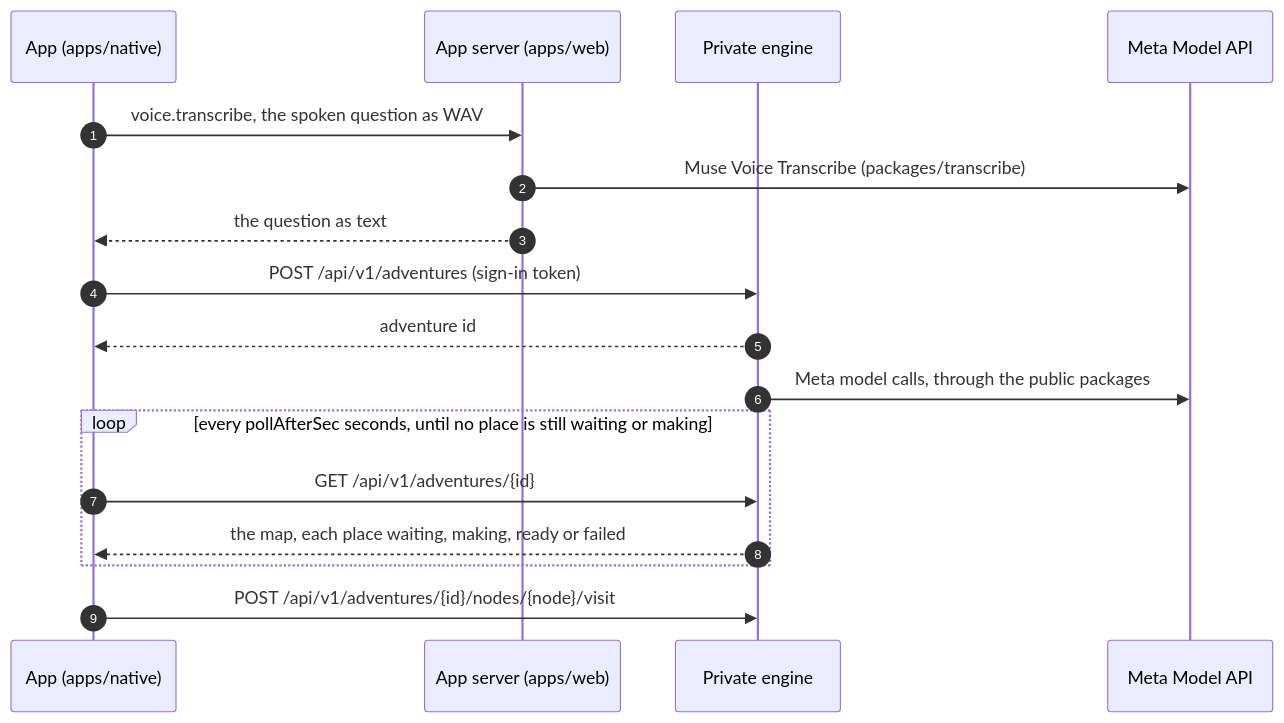
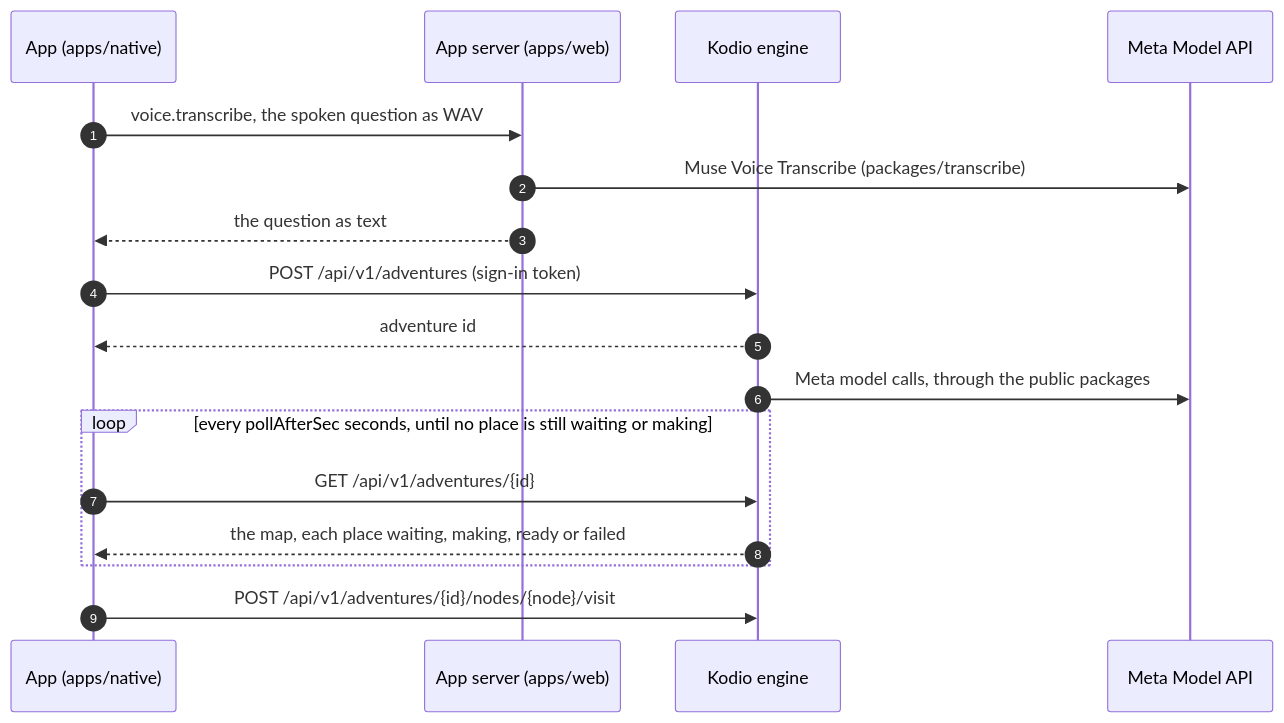
One commit to kaminskypavel/little-adventures changed the second of 3 diagrams in ARCHITECTURE.md. Above: the diagram before and after it, drawn with Mermaid. The commit also changed other lines of this file, not shown here.

Commit message:
ARCHITECTURE: the Kodio engine, the approved diagram and where each Meta model runs

````diff
--- a/ARCHITECTURE.md
+++ b/ARCHITECTURE.md
@@ -28,20 +44,20 @@
 ```mermaid
 sequenceDiagram
   autonumber
   participant App as App (apps/native)
   participant Server as App server (apps/web)
-  participant Engine as Private engine
+  participant Engine as Kodio engine
   participant Meta as Meta Model API
 
   App->>Server: voice.transcribe, the spoken question as WAV
   Server->>Meta: Muse Voice Transcribe (packages/transcribe)
   Server-->>App: the question as text
   App->>Engine: POST /api/v1/adventures (sign-in token)
   Engine-->>App: adventure id
   Engine->>Meta: Meta model calls, through the public packages
   loop every pollAfterSec seconds, until no place is still waiting or making
     App->>Engine: GET /api/v1/adventures/{id}
     Engine-->>App: the map, each place waiting, making, ready or failed
   end
   App->>Engine: POST /api/v1/adventures/{id}/nodes/{node}/visit
 ```
````
